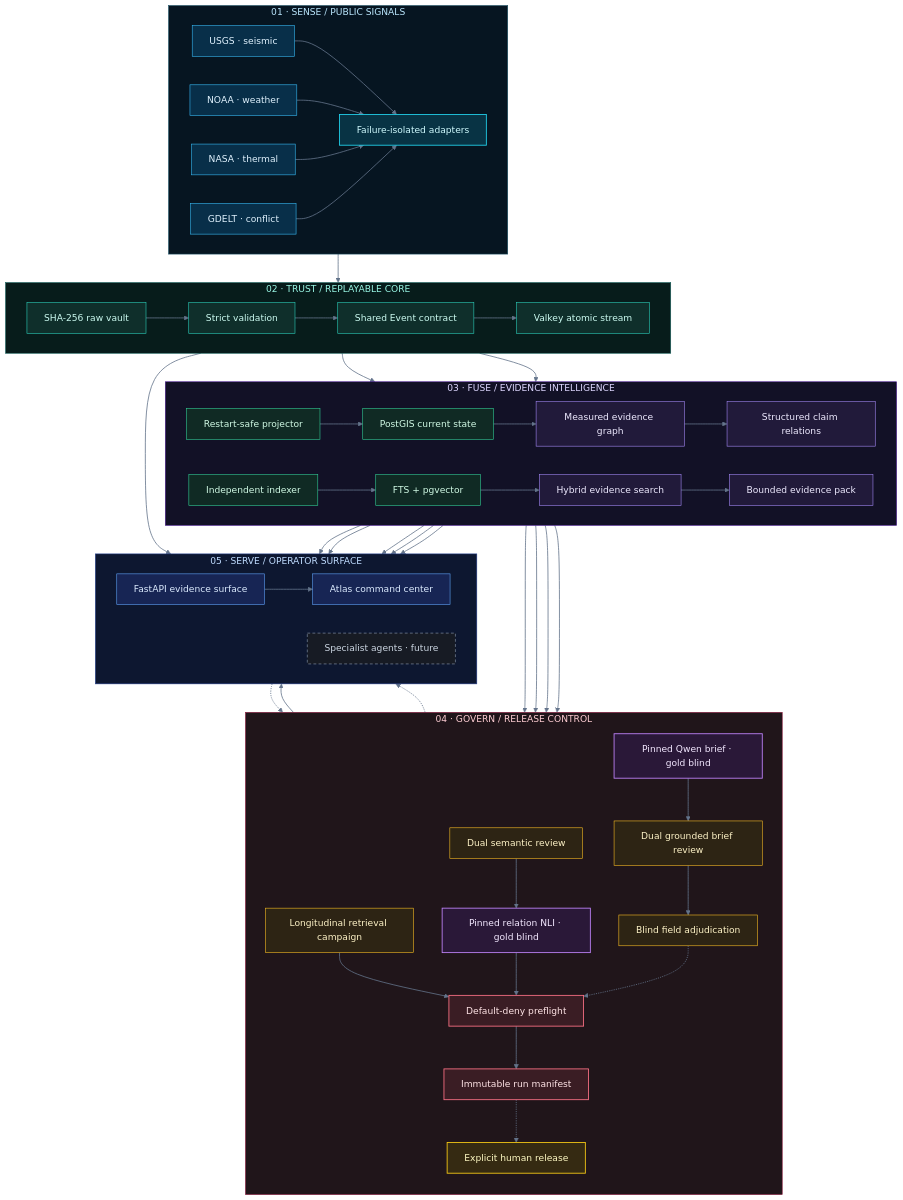
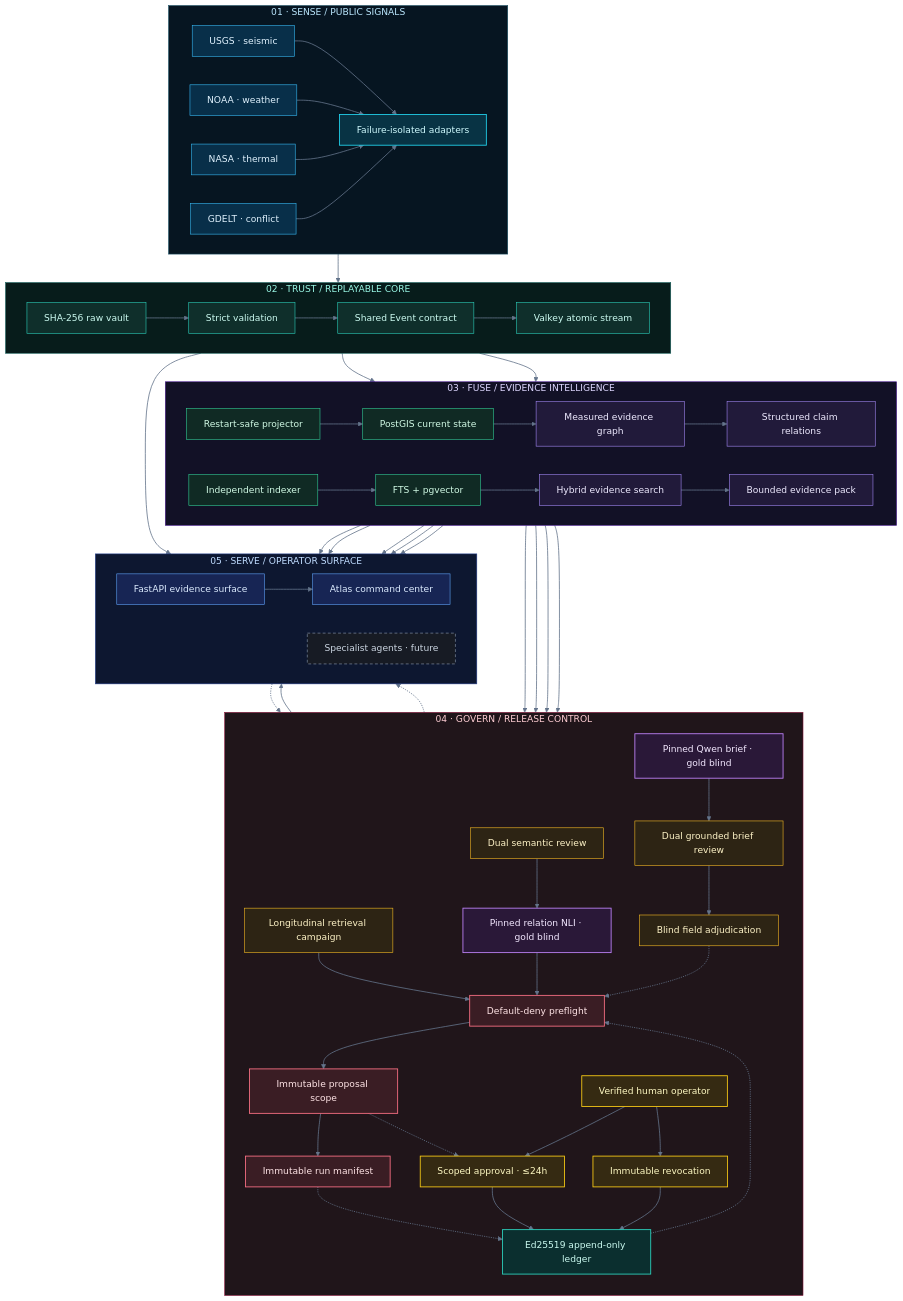
Before and after one commit to Thivas12/atlas-pulse: the diagram in README.md, drawn with Mermaid (neutral theme). The commit also changed other lines of this file and 32 other files, not shown here.

Commit message:
feat: add signed agent-run approval ledger (#34)

```diff
--- a/README.md
+++ b/README.md
@@ -129,8 +133,12 @@
         ANSWER_REVIEW["Dual grounded brief review"]:::review
         ANSWER_ADJ["Blind field adjudication"]:::review
         PREFLIGHT["Default-deny preflight"]:::gate
+        PROPOSAL["Immutable proposal scope"]:::gate
         MANIFEST["Immutable run manifest"]:::gate
-        HUMAN["Explicit human release"]:::human
+        HUMAN["Verified human operator"]:::human
+        APPROVAL["Scoped approval · ≤24h"]:::human
+        REVOCATION["Immutable revocation"]:::human
+        LEDGER["Ed25519 append-only ledger"]:::audit
     end
 
     subgraph SERVE["05 · SERVE / OPERATOR SURFACE"]
@@ -146,7 +154,12 @@
     CLAIMS --> RELATION_REVIEW --> CANDIDATE --> PREFLIGHT
     PACK --> ANSWER_RUNNER --> ANSWER_REVIEW --> ANSWER_ADJ
     ANSWER_ADJ -.-> PREFLIGHT
-    PACK --> PREFLIGHT --> MANIFEST
+    PACK --> PREFLIGHT --> PROPOSAL --> MANIFEST
+    HUMAN --> APPROVAL
+    PROPOSAL -.-> APPROVAL --> LEDGER
+    HUMAN --> REVOCATION --> LEDGER
+    MANIFEST -.-> LEDGER
+    LEDGER -.-> PREFLIGHT
     STREAM --> API
     POSTGIS --> API
     GRAPH --> API
@@ -154,9 +167,8 @@
     SEARCH --> API
     PACK --> API
     MANIFEST --> API
-    MANIFEST -.-> HUMAN
     WEB -.-> HUMAN
-    HUMAN -.-> AGENTS
+    MANIFEST -.-> AGENTS
 
     classDef source fill:#082f49,stroke:#38bdf8,color:#e0f2fe,stroke-width:1px
     classDef ingest fill:#083344,stroke:#22d3ee,color:#cffafe,stroke-width:1.5px
@@ -167,6 +179,7 @@
     classDef sandbox fill:#2a1838,stroke:#c084fc,color:#f3e8ff,stroke-width:1.5px
     classDef gate fill:#3a1d24,stroke:#fb7185,color:#ffe4e6,stroke-width:1.5px
     classDef human fill:#352a12,stroke:#facc15,color:#fef9c3,stroke-width:1.5px
+    classDef audit fill:#0b2f2f,stroke:#2dd4bf,color:#ccfbf1,stroke-width:1.5px
     classDef surface fill:#172554,stroke:#60a5fa,color:#dbeafe,stroke-width:1px
     classDef future fill:#171b24,stroke:#94a3b8,color:#cbd5e1,stroke-width:1px,stroke-dasharray:5 4
     style SENSE fill:#061521,stroke:#164e63,color:#bae6fd
```
